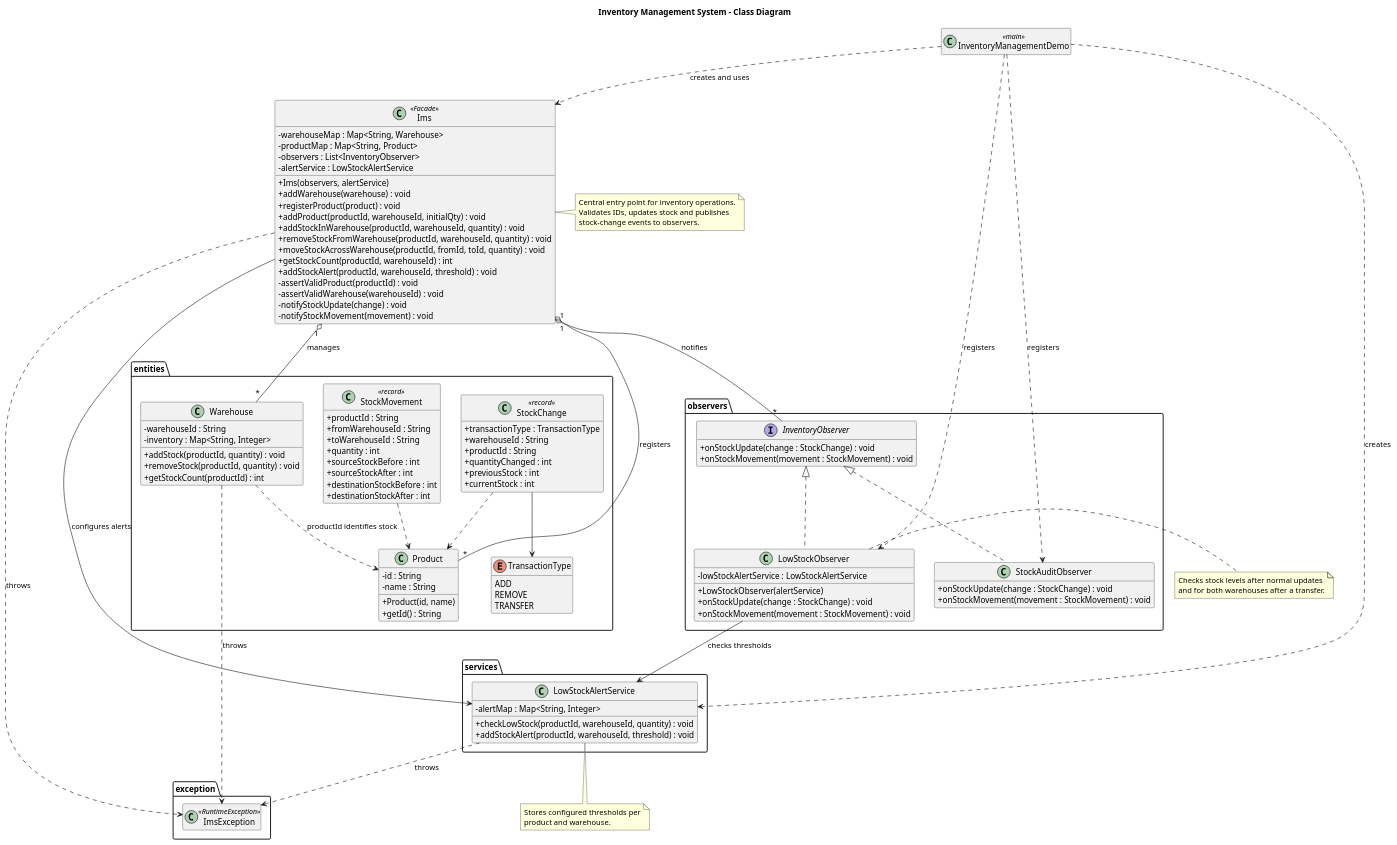
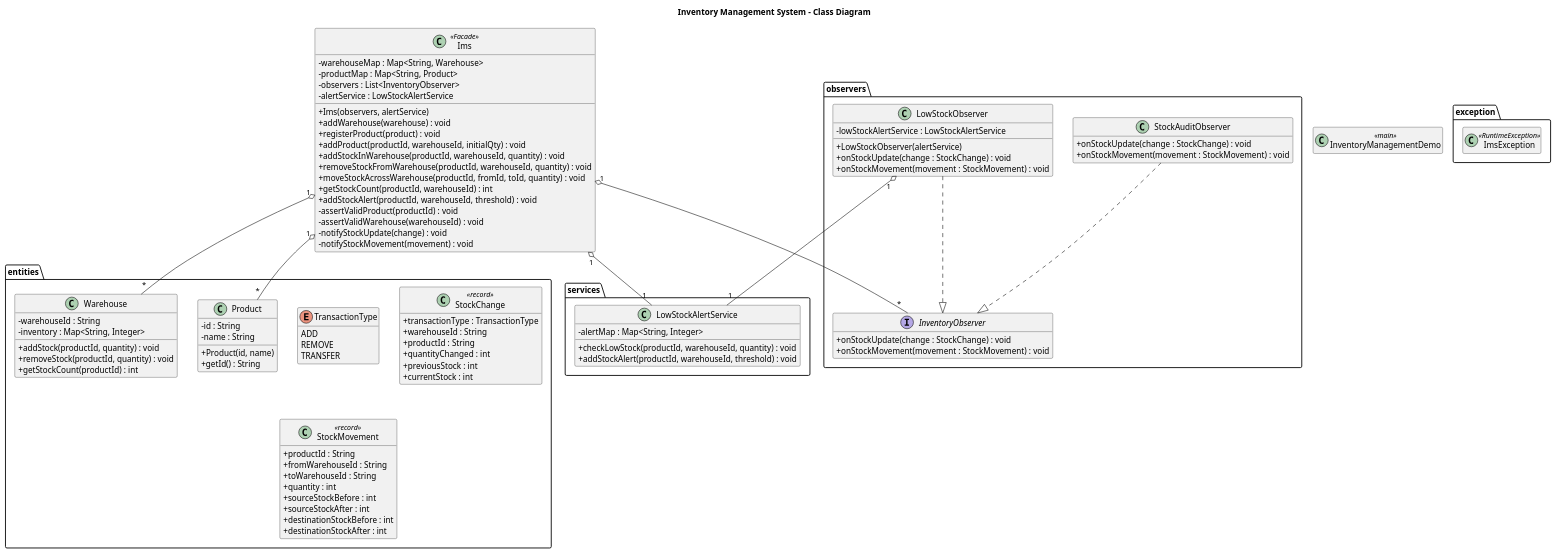
Before and after one commit to dhawalpatil200/low-level-design: the diagram in awesomeLLDProblems/docs/inventory-management/diagrams/class-diagram.puml, drawn with PlantUML.

Commit message:
modifies class diagram

```diff
--- a/awesomeLLDProblems/docs/inventory-management/diagrams/class-diagram.puml
+++ b/awesomeLLDProblems/docs/inventory-management/diagrams/class-diagram.puml
@@ -2,152 +2,118 @@
 @startuml
 title Inventory Management System - Class Diagram
 
 skinparam classAttributeIconSize 0
 hide empty members
 
 
 class Ims <<Facade>> {
     - warehouseMap : Map<String, Warehouse>
     - productMap : Map<String, Product>
     - observers : List<InventoryObserver>
     - alertService : LowStockAlertService
 
     + Ims(observers, alertService)
     + addWarehouse(warehouse) : void
     + registerProduct(product) : void
     + addProduct(productId, warehouseId, initialQty) : void
     + addStockInWarehouse(productId, warehouseId, quantity) : void
     + removeStockFromWarehouse(productId, warehouseId, quantity) : void
     + moveStockAcrossWarehouse(productId, fromId, toId, quantity) : void
     + getStockCount(productId, warehouseId) : int
     + addStockAlert(productId, warehouseId, threshold) : void
     - assertValidProduct(productId) : void
     - assertValidWarehouse(warehouseId) : void
     - notifyStockUpdate(change) : void
     - notifyStockMovement(movement) : void
 }
 
 package "entities" {
     class Product {
         - id : String
         - name : String
         + Product(id, name)
         + getId() : String
     }
 
     class Warehouse {
         - warehouseId : String
         - inventory : Map<String, Integer>
         + addStock(productId, quantity) : void
         + removeStock(productId, quantity) : void
         + getStockCount(productId) : int
     }
 
     enum TransactionType {
         ADD
         REMOVE
         TRANSFER
     }
 
     class StockChange <<record>> {
         + transactionType : TransactionType
         + warehouseId : String
         + productId : String
         + quantityChanged : int
         + previousStock : int
         + currentStock : int
     }
 
     class StockMovement <<record>> {
         + productId : String
         + fromWarehouseId : String
         + toWarehouseId : String
         + quantity : int
         + sourceStockBefore : int
         + sourceStockAfter : int
         + destinationStockBefore : int
         + destinationStockAfter : int
     }
 }
 
 package "observers" {
     interface InventoryObserver {
         + onStockUpdate(change : StockChange) : void
         + onStockMovement(movement : StockMovement) : void
     }
 
     class StockAuditObserver {
         + onStockUpdate(change : StockChange) : void
         + onStockMovement(movement : StockMovement) : void
     }
 
     class LowStockObserver {
         - lowStockAlertService : LowStockAlertService
         + LowStockObserver(alertService)
         + onStockUpdate(change : StockChange) : void
         + onStockMovement(movement : StockMovement) : void
     }
 }
 
 package "services" {
     class LowStockAlertService {
         - alertMap : Map<String, Integer>
         + checkLowStock(productId, warehouseId, quantity) : void
         + addStockAlert(productId, warehouseId, threshold) : void
     }
 }
 
 package "exception" {
     class ImsException <<RuntimeException>>
 }
 
 
  class InventoryManagementDemo <<main>>
 
 
-' Facade relationships
-Ims "1" o-- "*" Warehouse : manages
-Ims "1" o-- "*" Product : registers
-Ims "1" o-- "*" InventoryObserver : notifies
-Ims --> LowStockAlertService : configures alerts
+' Has-a relationships
+Ims "1" o-- "*" Warehouse
+Ims "1" o-- "*" Product
+Ims "1" o-- "*" InventoryObserver
+Ims "1" o-- "1" LowStockAlertService
+LowStockObserver "1" o-- "1" LowStockAlertService
 
-' Domain relationships
-Warehouse ..> Product : productId identifies stock
-StockChange --> TransactionType
-StockChange ..> Product
-StockMovement ..> Product
-
-' Observer pattern
-InventoryObserver <|.. StockAuditObserver
-InventoryObserver <|.. LowStockObserver
-
-LowStockObserver --> LowStockAlertService : checks thresholds
-
-' Exceptions
-Ims ..> ImsException : throws
-Warehouse ..> ImsException : throws
-LowStockAlertService ..> ImsException : throws
-
-' Demo wiring
-InventoryManagementDemo ..> Ims : creates and uses
-InventoryManagementDemo ..> StockAuditObserver : registers
-InventoryManagementDemo ..> LowStockObserver : registers
-InventoryManagementDemo ..> LowStockAlertService : creates
-
-note right of Ims
-  Central entry point for inventory operations.
-  Validates IDs, updates stock and publishes
-  stock-change events to observers.
-end note
-
-note right of LowStockObserver
-  Checks stock levels after normal updates
-  and for both warehouses after a transfer.
-end note
-
-note bottom of LowStockAlertService
-  Stores configured thresholds per
-  product and warehouse.
-end note
+' Implements relationships
+StockAuditObserver ..|> InventoryObserver
+LowStockObserver ..|> InventoryObserver
 
 @enduml
```
